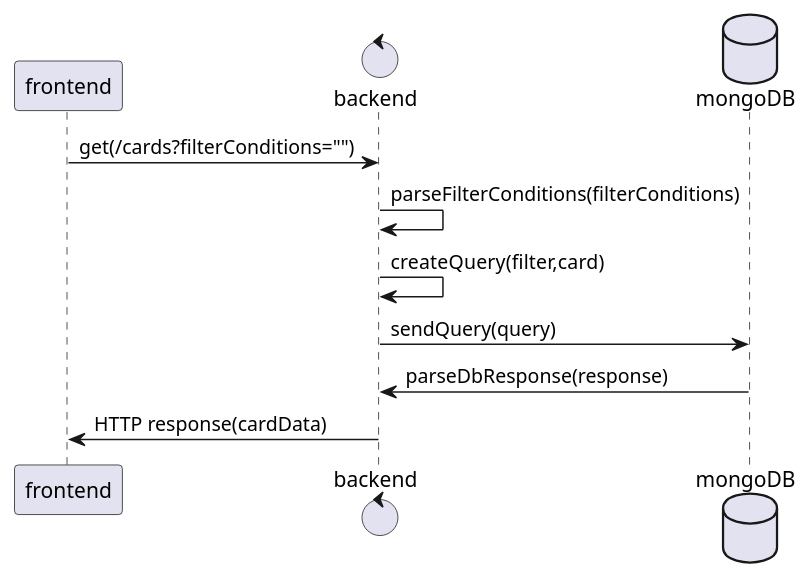
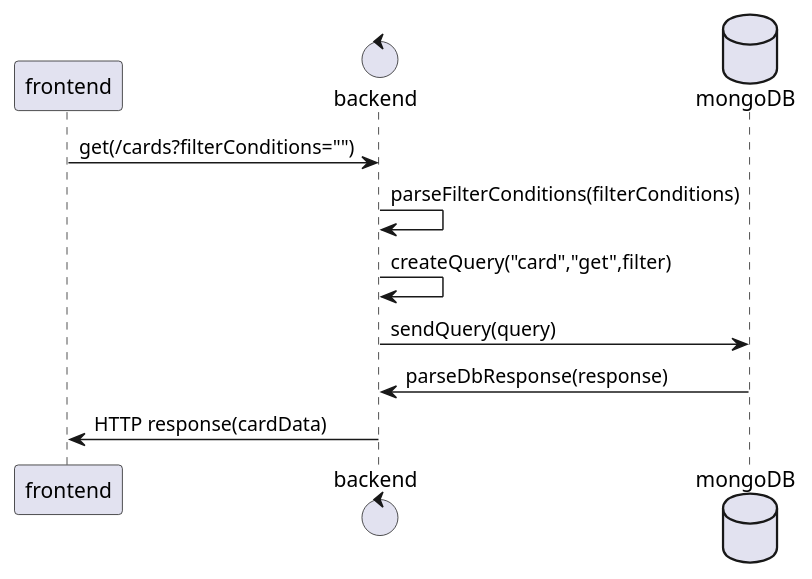
The diagram in backEnd/doc/getCards.pu (nik003/deckBuilder), drawn with PlantUML before and after one commit. The commit also changed 3 other files, not shown here.

```diff
--- a/backEnd/doc/getCards.pu
+++ b/backEnd/doc/getCards.pu
@@ -1,12 +1,12 @@
 @startuml
 participant frontend
 control backend
 database mongoDB
 
 frontend -> backend:get(/cards?filterConditions="")
 backend -> backend:parseFilterConditions(filterConditions)
-backend -> backend:createQuery(filter,card)
+backend -> backend:createQuery("card","get",filter)
 backend -> mongoDB:sendQuery(query)
 backend <- mongoDB:parseDbResponse(response)
 backend -> frontend:HTTP response(cardData)
 @enduml
```
